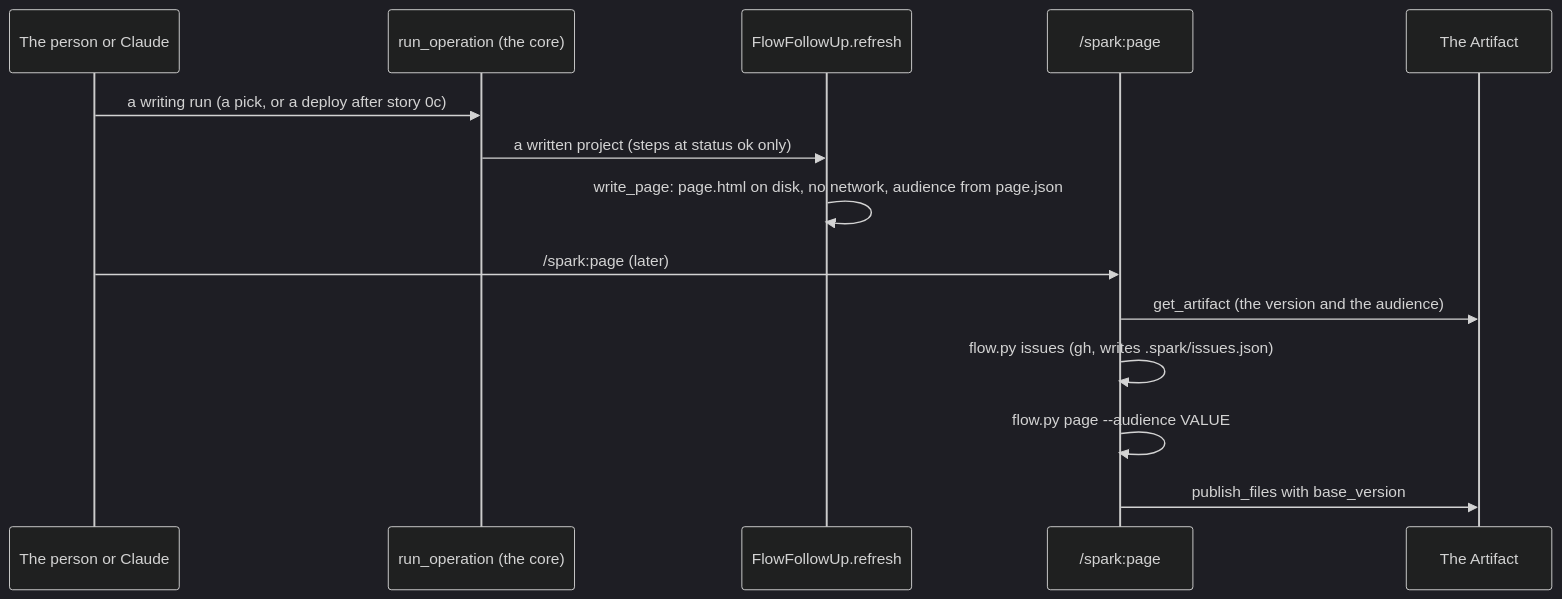
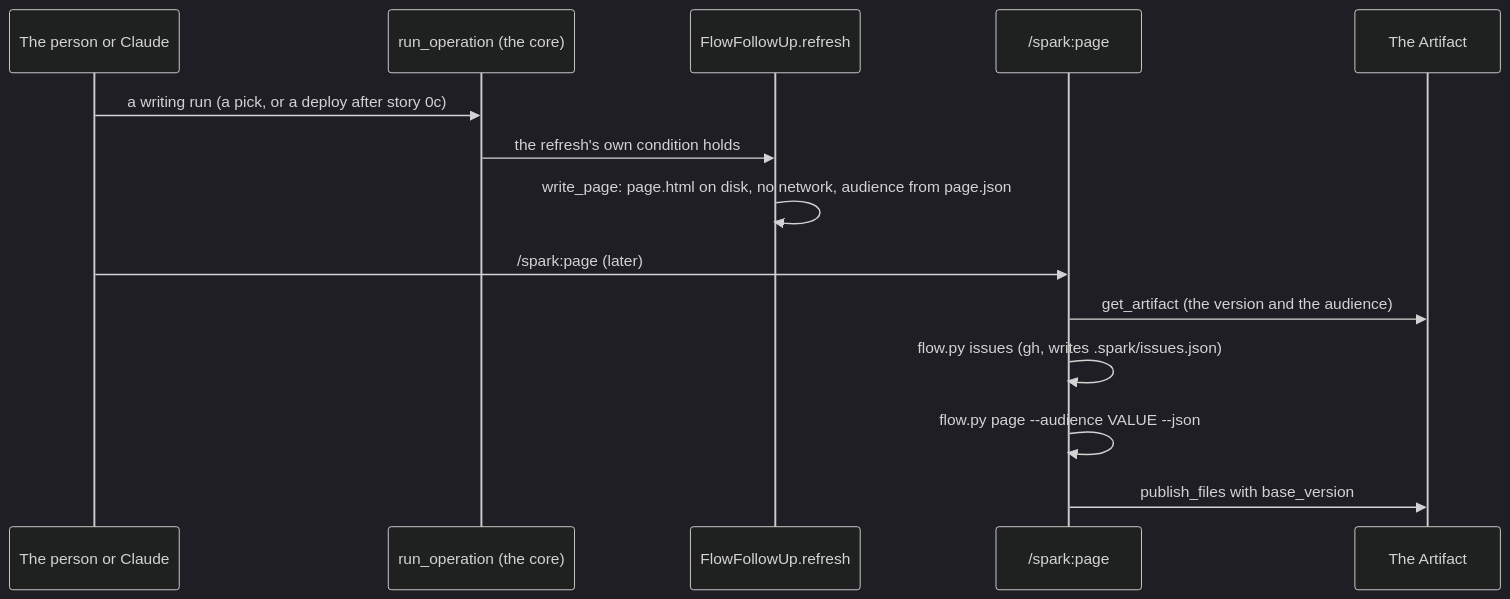
The second of 5 diagrams in docs/discovery/2026-11-23-p1038-page-design/design.md (xmejkal/spark), drawn with Mermaid (dark theme) before and after one commit. The commit also changed other lines of this file, not shown here.

````diff
--- a/docs/discovery/2026-11-23-p1038-page-design/design.md
+++ b/docs/discovery/2026-11-23-p1038-page-design/design.md
@@ -133,16 +180,16 @@
 ```mermaid
 sequenceDiagram
   participant P as The person or Claude
   participant C as run_operation (the core)
   participant F as FlowFollowUp.refresh
   participant S as /spark:page
   participant A as The Artifact
   P->>C: a writing run (a pick, or a deploy after story 0c)
-  C->>F: a written project (steps at status ok only)
+  C->>F: the refresh's own condition holds
   F->>F: write_page: page.html on disk, no network, audience from page.json
   P->>S: /spark:page (later)
   S->>A: get_artifact (the version and the audience)
   S->>S: flow.py issues (gh, writes .spark/issues.json)
-  S->>S: flow.py page --audience VALUE
+  S->>S: flow.py page --audience VALUE --json
   S->>A: publish_files with base_version
 ```
````
